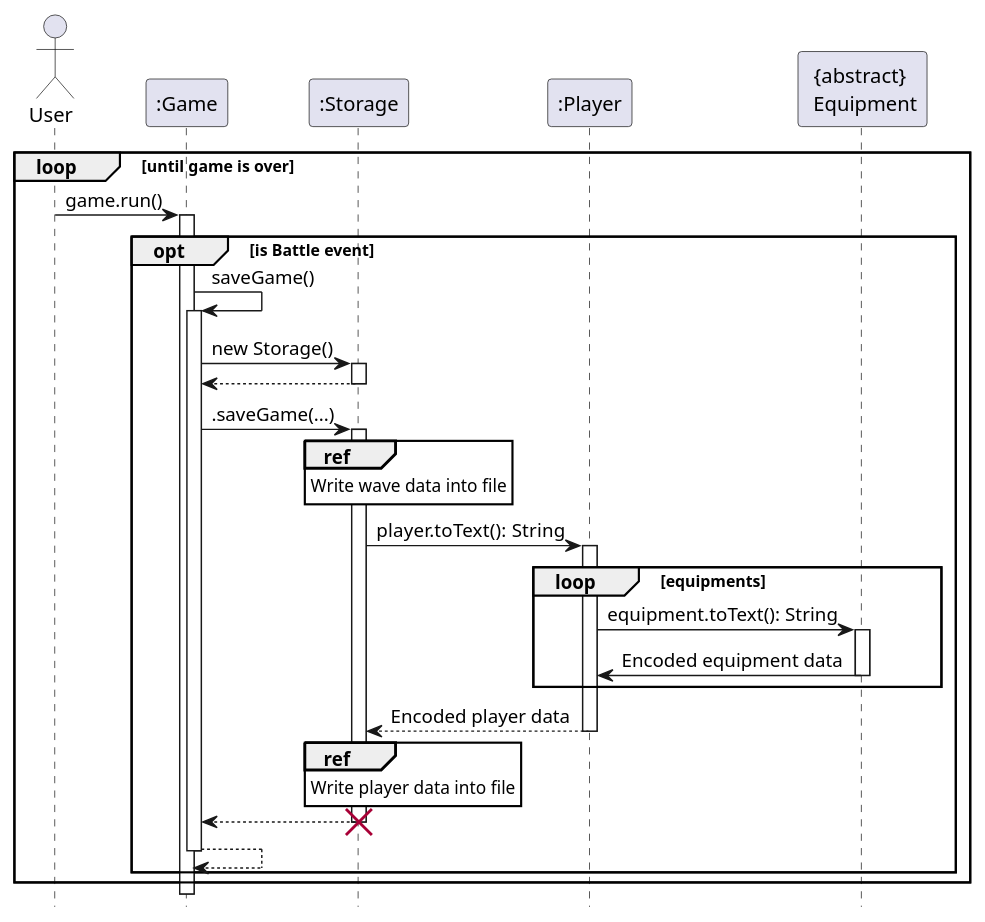
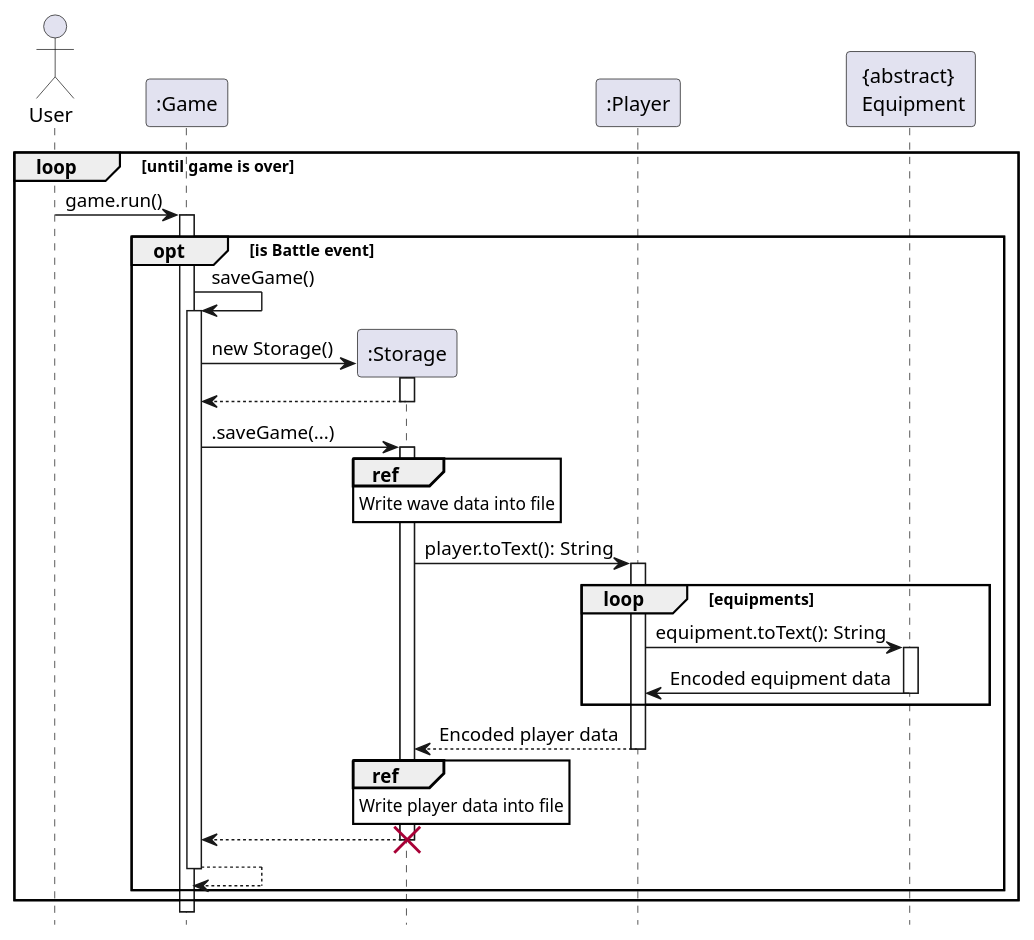
Before and after one commit to TiangSoonYong/tp: the first of 2 diagrams in docs/diagrams/saveSequence.puml, drawn with PlantUML. The commit also changed 7 other files, not shown here.

```diff
--- a/docs/diagrams/saveSequence.puml
+++ b/docs/diagrams/saveSequence.puml
@@ -1,47 +1,47 @@
 @startuml
 hide footbox
 skinparam sequenceReferenceBackgroundColor #FFFFFF
 actor User
 
 participant ":Game" as Game
 participant ":Storage" as Storage
 participant ":Player" as Player
 participant "{abstract} \n Equipment" as Equipment
-
 loop until game is over
     User->Game : game.run()
     activate Game
     opt is Battle event
         Game->Game:saveGame()
         activate Game
+        create Storage
         Game->Storage: new Storage()
         activate Storage
         Storage --> Game:
         deactivate Storage
         Game->Storage: .saveGame(...)
         activate Storage
 
         ref over Storage
             Write wave data into file
         end ref
         Storage -> Player: player.toText(): String
         activate Player
         loop equipments
         Player -> Equipment: equipment.toText(): String
         activate Equipment
         Equipment -> Player: Encoded equipment data
         deactivate Equipment
         end equipments
         Player --> Storage: Encoded player data
         deactivate Player
         ref over Storage
             Write player data into file
         end ref
 
         Storage --> Game
         destroy Storage
         Game --> Game
         deactivate Game
     end opt
 end loop
 @enduml
```
